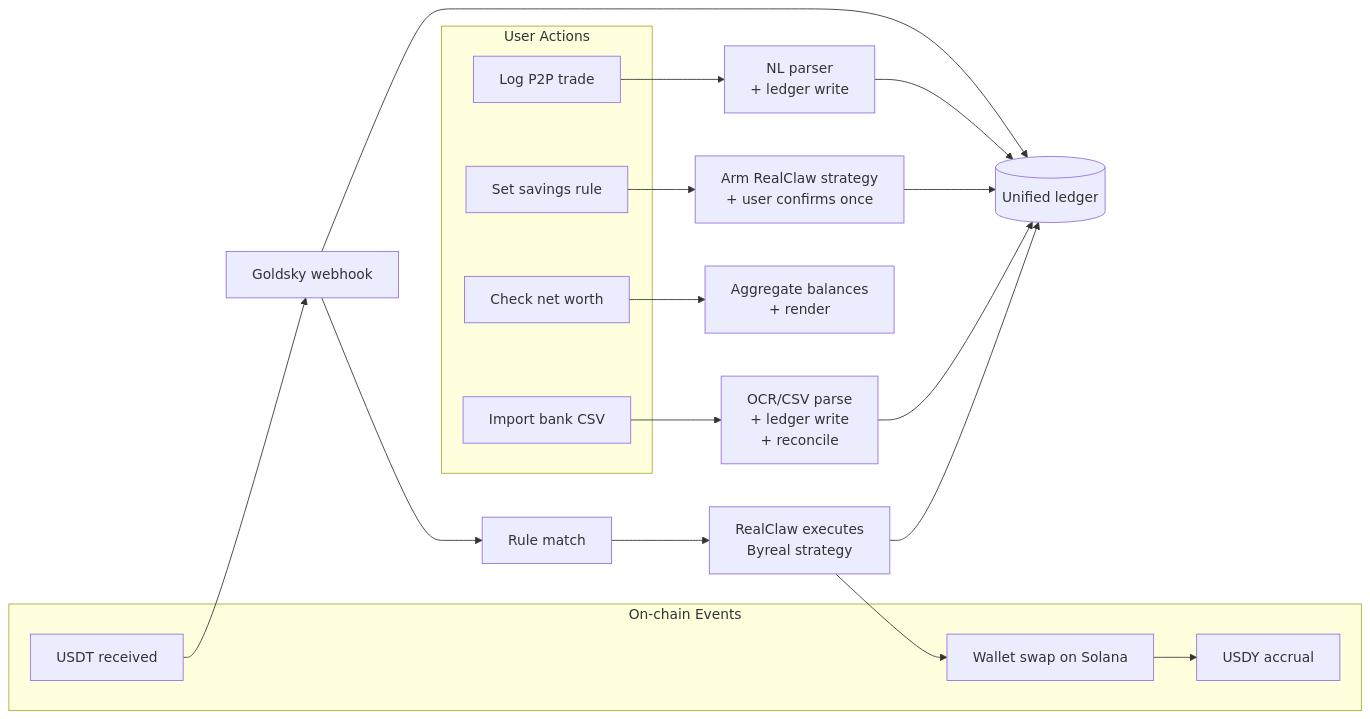
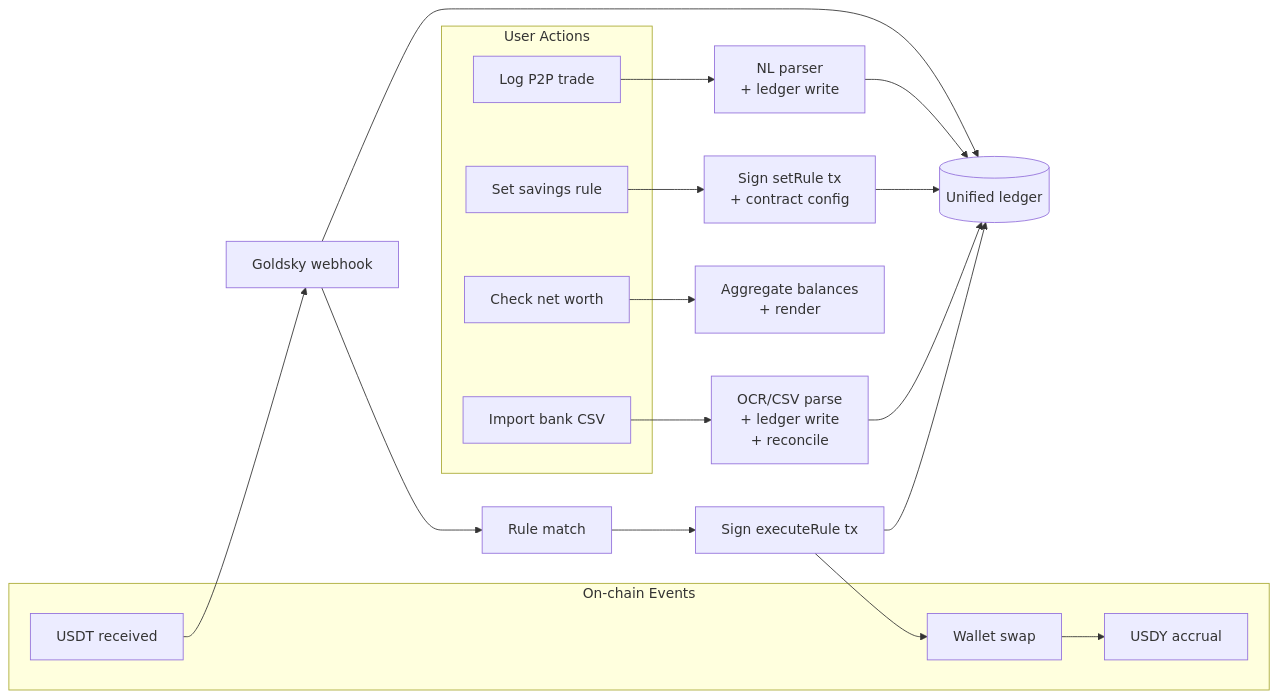
Before and after one commit to aliyanamu/tali: the third of 3 diagrams in docs/architecture.md, drawn with Mermaid. The commit also changed other lines of this file and 3 other files, not shown here.

First line of the commit message:
docs: update product narrative, architecture, and positioning

````diff
--- a/docs/architecture.md
+++ b/docs/architecture.md
@@ -88,32 +97,32 @@
 ```mermaid
 flowchart LR
     subgraph User Actions
         U1[Log P2P trade]
         U2[Set savings rule]
         U3[Check net worth]
         U4[Import bank CSV]
     end
 
     subgraph On-chain Events
         E1[USDT received]
-        E2[Wallet swap on Solana]
+        E2[Wallet swap]
         E3[USDY accrual]
     end
 
     U1 --> NL[NL parser<br/>+ ledger write]
-    U2 --> SET[Arm RealClaw strategy<br/>+ user confirms once]
+    U2 --> SET[Sign setRule tx<br/>+ contract config]
     U3 --> AGG[Aggregate balances<br/>+ render]
     U4 --> OCR[OCR/CSV parse<br/>+ ledger write<br/>+ reconcile]
 
     E1 --> WH[Goldsky webhook]
     WH --> MATCH[Rule match]
-    MATCH --> EXEC[RealClaw executes<br/>Byreal strategy]
+    MATCH --> EXEC[Sign executeRule tx]
     EXEC --> E2
     E2 --> E3
 
     NL --> LEDGER[(Unified ledger)]
     SET --> LEDGER
     OCR --> LEDGER
     EXEC --> LEDGER
     WH --> LEDGER
 ```
````
